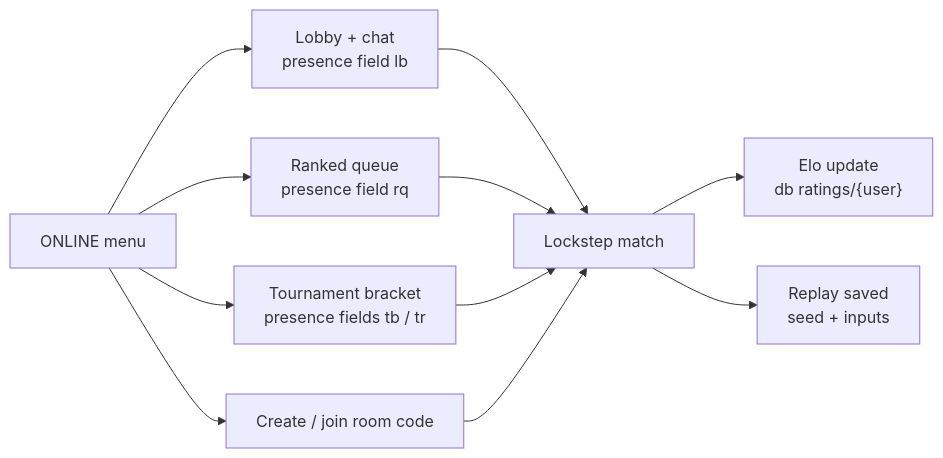
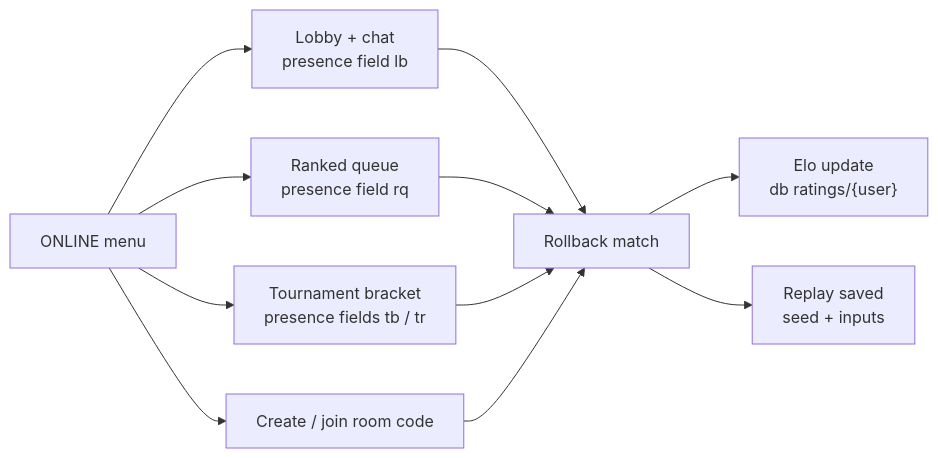
The fourth of 14 diagrams in docs/ARCHITECTURE.md (WesleyT4N/spell-vs-steel), drawn with Mermaid before and after one commit. The commit also changed other lines of this file, not shown here.

First line of the commit message:
Architecture doc: rollback netcode (#44), save module finished (#54)

````diff
--- a/docs/ARCHITECTURE.md
+++ b/docs/ARCHITECTURE.md
@@ -137,13 +143,13 @@
 ```mermaid
 flowchart LR
   menu[ONLINE menu] --> lobby["Lobby + chat<br/>presence field lb"]
   menu --> rq["Ranked queue<br/>presence field rq"]
   menu --> tb["Tournament bracket<br/>presence fields tb / tr"]
   menu --> room[Create / join room code]
-  lobby --> match[Lockstep match]
+  lobby --> match[Rollback match]
   rq --> match
   tb --> match
   room --> match
   match --> elo["Elo update<br/>db ratings/{user}"]
   match --> rep["Replay saved<br/>seed + inputs"]
 ```
````
